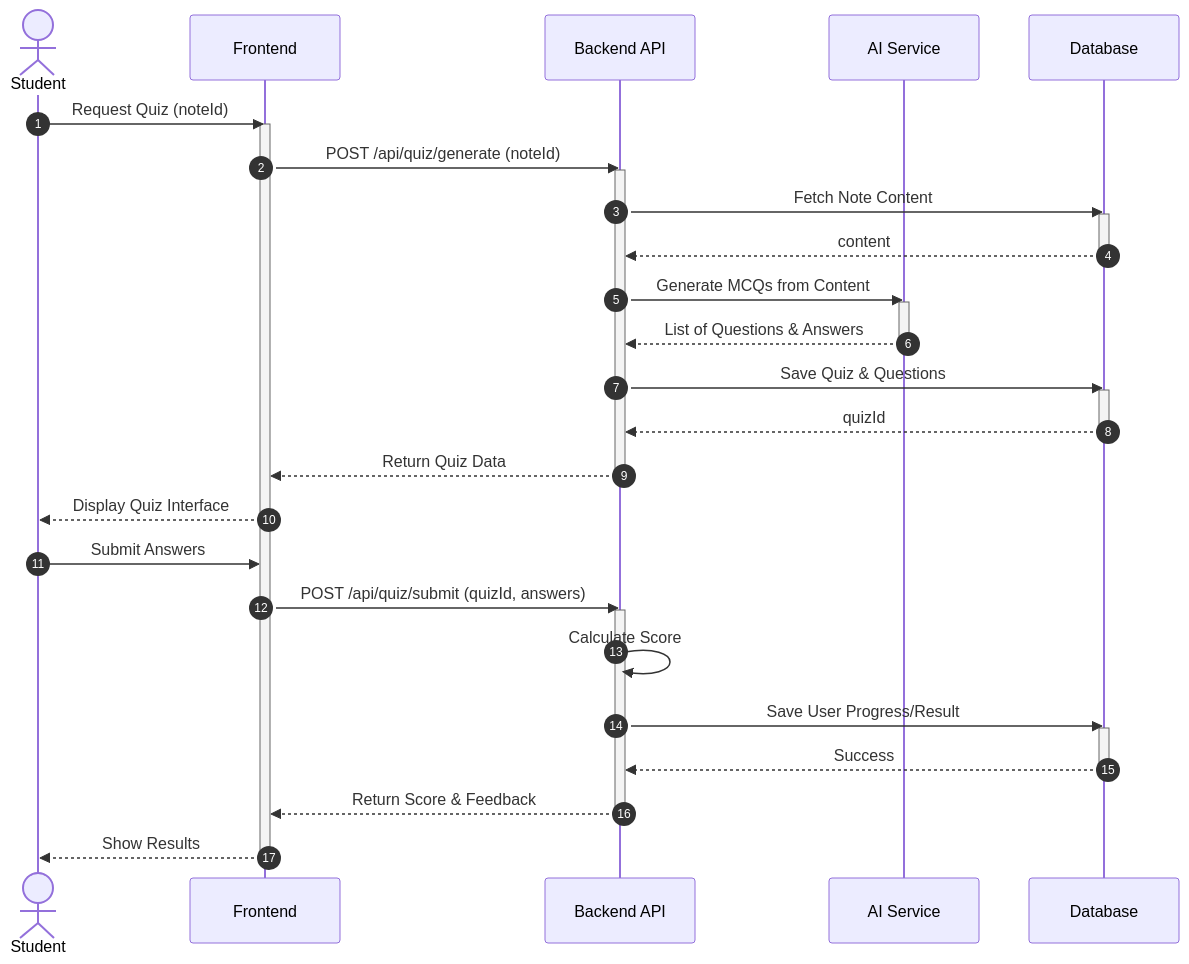
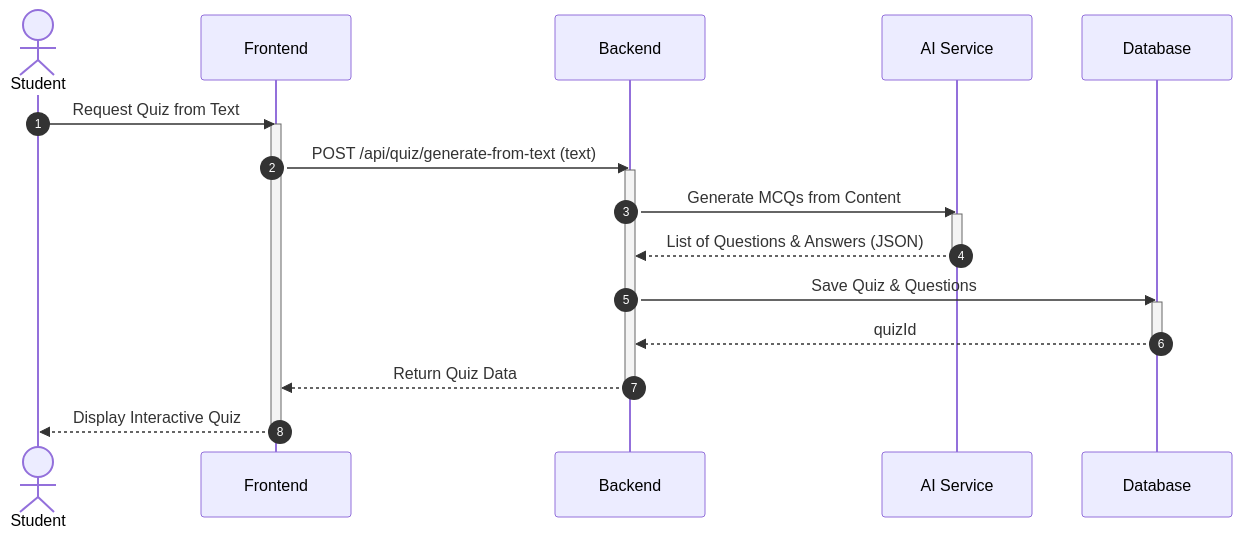
The second of 4 diagrams in sequenceDiagram.md (Sahil5H4RD4/ai-study-companion), drawn with Mermaid before and after one commit. The commit also changed other lines of this file and 33 other files, not shown here.

````diff
--- a/sequenceDiagram.md
+++ b/sequenceDiagram.md
@@ -48,48 +49,29 @@
 ```mermaid
 sequenceDiagram
     autonumber
     actor S as Student
     participant FE as Frontend
-    participant API as Backend API
+    participant API as Backend
     participant AI as AI Service
     participant DB as Database
 
-    S->>FE: Request Quiz (noteId)
+    S->>FE: Request Quiz from Text
     activate FE
-    FE->>API: POST /api/quiz/generate (noteId)
+    FE->>API: POST /api/quiz/generate-from-text (text)
     activate API
-
-    API->>DB: Fetch Note Content
-    activate DB
-    DB-->>API: content
-    deactivate DB
 
     API->>AI: Generate MCQs from Content
     activate AI
-    AI-->>API: List of Questions & Answers
+    AI-->>API: List of Questions & Answers (JSON)
     deactivate AI
 
     API->>DB: Save Quiz & Questions
     activate DB
     DB-->>API: quizId
     deactivate DB
 
     API-->>FE: Return Quiz Data
     deactivate API
-    FE-->>S: Display Quiz Interface
-
-    S->>FE: Submit Answers
-    FE->>API: POST /api/quiz/submit (quizId, answers)
-    activate API
-    
-    API->>API: Calculate Score
-    API->>DB: Save User Progress/Result
-    activate DB
-    DB-->>API: Success
-    deactivate DB
-
-    API-->>FE: Return Score & Feedback
-    deactivate API
-    FE-->>S: Show Results
+    FE-->>S: Display Interactive Quiz
     deactivate FE
 ```
````
